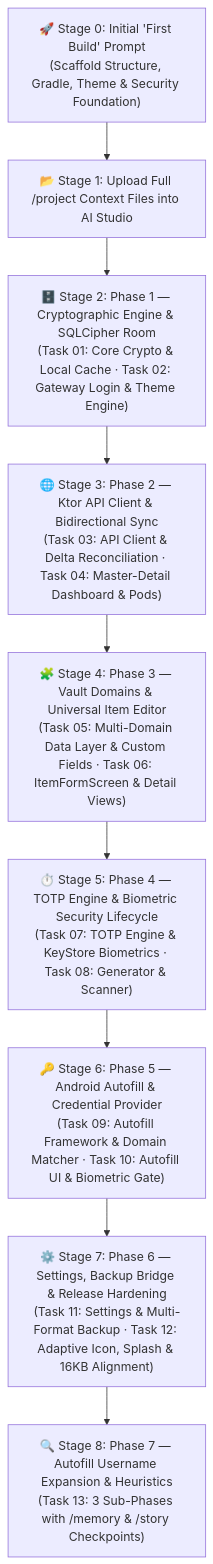
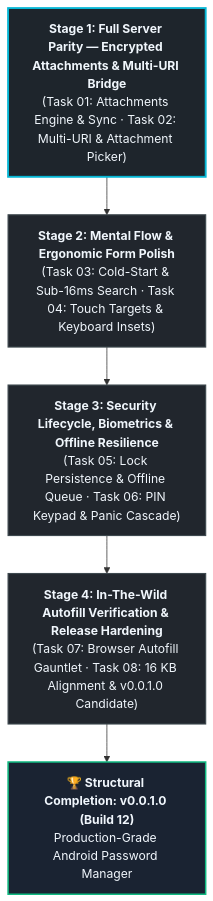
Before and after one commit to ClawStackStudios/ShellGuard-Mobile: the diagram in project/meta-prompt-ai-studio.md, drawn with Mermaid. The commit also changed other lines of this file and 1 other file, not shown here.

First line of the commit message:
docs(roadmap): initialize Feature Verification and Polish meta-phase

````diff
--- a/project/meta-prompt-ai-studio.md
+++ b/project/meta-prompt-ai-studio.md
@@ -14,21 +16,18 @@
 ```mermaid
 flowchart TD
-    Step0["🚀 Stage 0: Initial 'First Build' Prompt<br/>(Scaffold Structure, Gradle, Theme & Security Foundation)"]
-    UploadContext["📂 Stage 1: Upload Full /project Context Files into AI Studio"]
-    Phase1["🗄️ Stage 2: Phase 1 — Cryptographic Engine & SQLCipher Room<br/>(Task 01: Core Crypto & Local Cache · Task 02: Gateway Login & Theme Engine)"]
-    Phase2["🌐 Stage 3: Phase 2 — Ktor API Client & Bidirectional Sync<br/>(Task 03: API Client & Delta Reconciliation · Task 04: Master-Detail Dashboard & Pods)"]
-    Phase3["🧩 Stage 4: Phase 3 — Vault Domains & Universal Item Editor<br/>(Task 05: Multi-Domain Data Layer & Custom Fields · Task 06: ItemFormScreen & Detail Views)"]
-    Phase4["⏱️ Stage 5: Phase 4 — TOTP Engine & Biometric Security Lifecycle<br/>(Task 07: TOTP Engine & KeyStore Biometrics · Task 08: Generator & Scanner)"]
-    Phase5["🔑 Stage 6: Phase 5 — Android Autofill & Credential Provider<br/>(Task 09: Autofill Framework & Domain Matcher · Task 10: Autofill UI & Biometric Gate)"]
-    Phase6["⚙️ Stage 7: Phase 6 — Settings, Backup Bridge & Release Hardening<br/>(Task 11: Settings & Multi-Format Backup · Task 12: Adaptive Icon, Splash & 16KB Alignment)"]
-    Phase7["🔍 Stage 8: Phase 7 — Autofill Username Expansion & Heuristics<br/>(Task 13: 3 Sub-Phases with /memory & /story Checkpoints)"]
+    classDef stageActive fill:#1E252C,stroke:#06B6D4,stroke-width:2.5px,color:#F0F6FC;
+    classDef stageNext fill:#21262D,stroke:#3D484E,stroke-width:1.5px,color:#F0F6FC;
+    classDef targetMilestone fill:#1A2332,stroke:#10B981,stroke-width:2px,color:#F0F6FC;
 
-    Step0 --> UploadContext
-    UploadContext --> Phase1
-    Phase1 --> Phase2
-    Phase2 --> Phase3
-    Phase3 --> Phase4
-    Phase4 --> Phase5
-    Phase5 --> Phase6
-    Phase6 --> Phase7
+    S1["<b>Stage 1: Full Server Parity — Encrypted Attachments & Multi-URI Bridge</b><br/>(Task 01: Attachments Engine & Sync · Task 02: Multi-URI & Attachment Picker)"]:::stageActive
+
+    S2["<b>Stage 2: Mental Flow & Ergonomic Form Polish</b><br/>(Task 03: Cold-Start & Sub-16ms Search · Task 04: Touch Targets & Keyboard Insets)"]:::stageNext
+
+    S3["<b>Stage 3: Security Lifecycle, Biometrics & Offline Resilience</b><br/>(Task 05: Lock Persistence & Offline Queue · Task 06: PIN Keypad & Panic Cascade)"]:::stageNext
+
+    S4["<b>Stage 4: In-The-Wild Autofill Verification & Release Hardening</b><br/>(Task 07: Browser Autofill Gauntlet · Task 08: 16 KB Alignment & v0.0.1.0 Candidate)"]:::stageNext
+
+    M1["<b>🏆 Structural Completion: v0.0.1.0 (Build 12)</b><br/>Production-Grade Android Password Manager"]:::targetMilestone
+
+    S1 --> S2 --> S3 --> S4 --> M1
 ```
````
